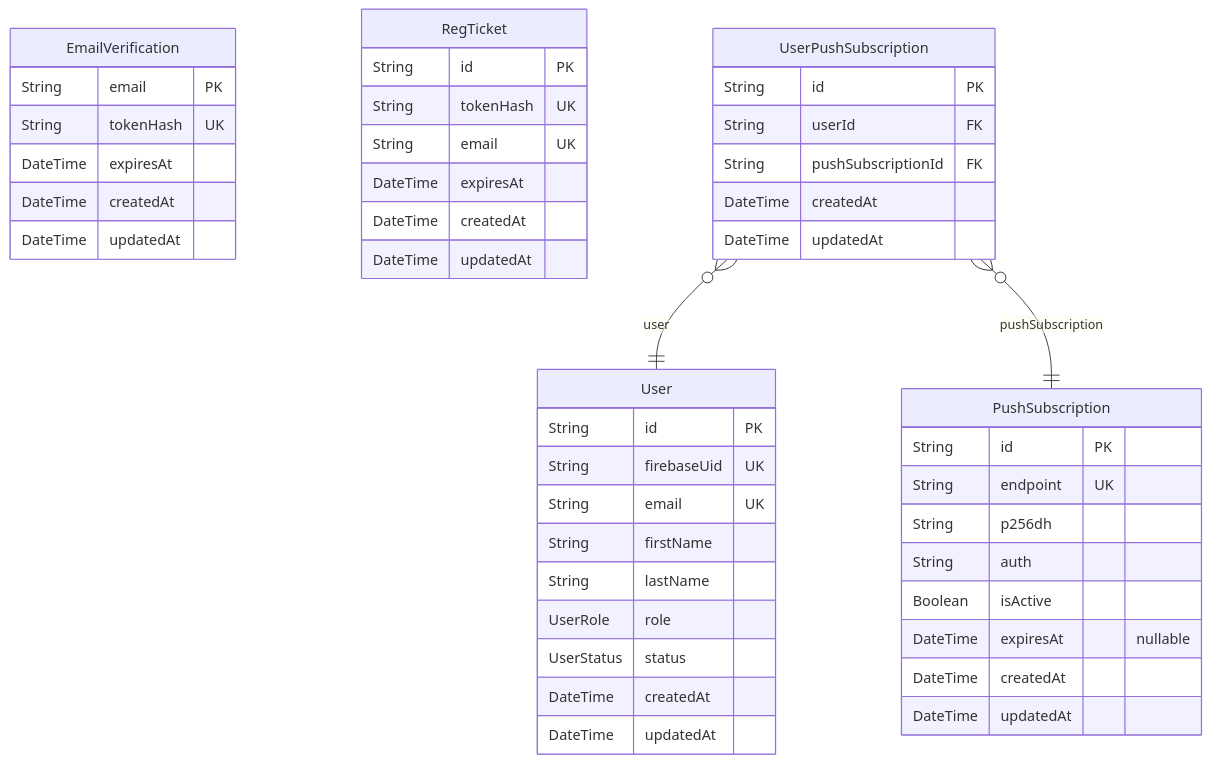
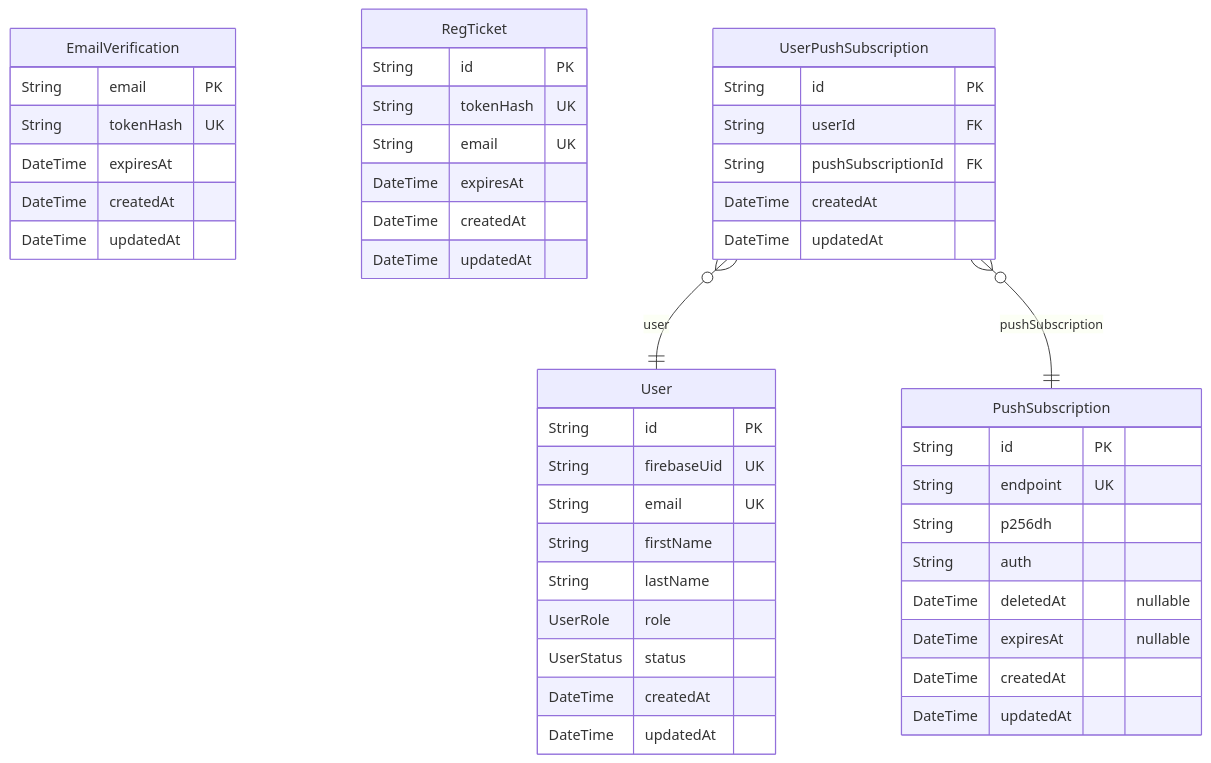
Before and after one commit to sohosai/sos26: the diagram in apps/api/prisma/ERD.md, drawn with Mermaid. The commit also changed other lines of this file and 5 other files, not shown here.

Commit message:
isActive->deletedAt

````diff
--- a/apps/api/prisma/ERD.md
+++ b/apps/api/prisma/ERD.md
@@ -9,48 +9,48 @@
 ```mermaid
 erDiagram
 "EmailVerification" {
   String email PK
   String tokenHash UK
   DateTime expiresAt
   DateTime createdAt
   DateTime updatedAt
 }
 "RegTicket" {
   String id PK
   String tokenHash UK
   String email UK
   DateTime expiresAt
   DateTime createdAt
   DateTime updatedAt
 }
 "User" {
   String id PK
   String firebaseUid UK
   String email UK
   String firstName
   String lastName
   UserRole role
   UserStatus status
   DateTime createdAt
   DateTime updatedAt
 }
 "PushSubscription" {
   String id PK
   String endpoint UK
   String p256dh
   String auth
-  Boolean isActive
+  DateTime deletedAt "nullable"
   DateTime expiresAt "nullable"
   DateTime createdAt
   DateTime updatedAt
 }
 "UserPushSubscription" {
   String id PK
   String userId FK
   String pushSubscriptionId FK
   DateTime createdAt
   DateTime updatedAt
 }
 "UserPushSubscription" }o--|| "User" : user
 "UserPushSubscription" }o--|| "PushSubscription" : pushSubscription
 ```
````
